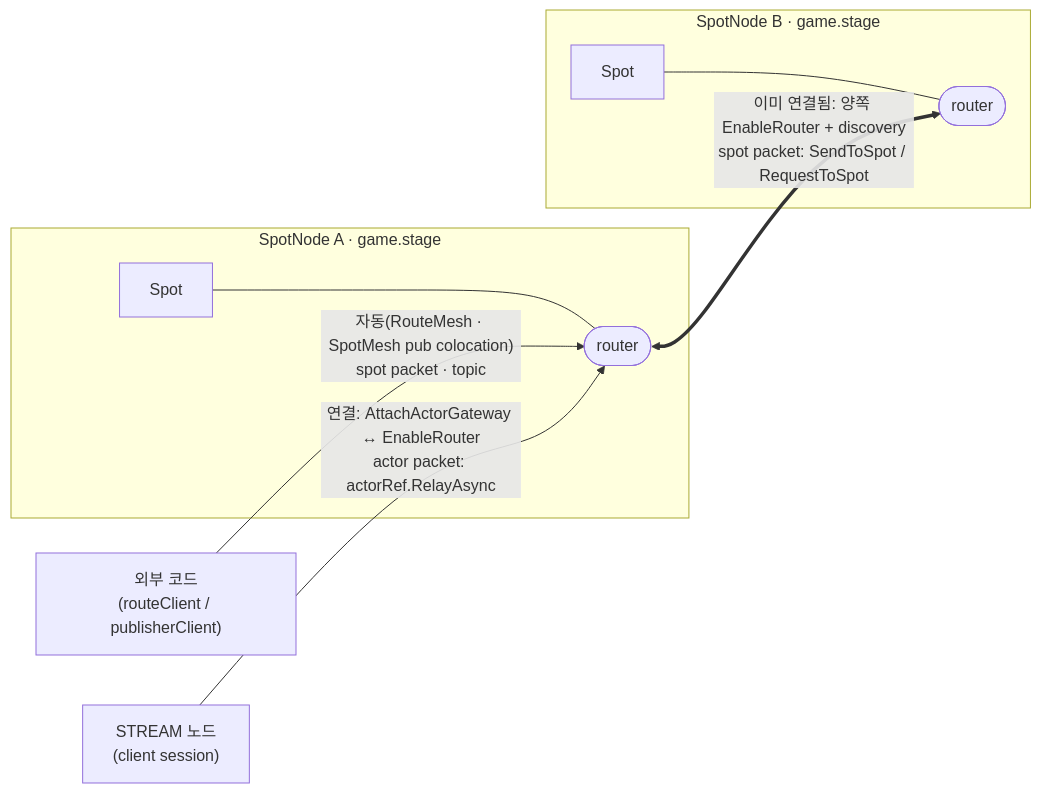
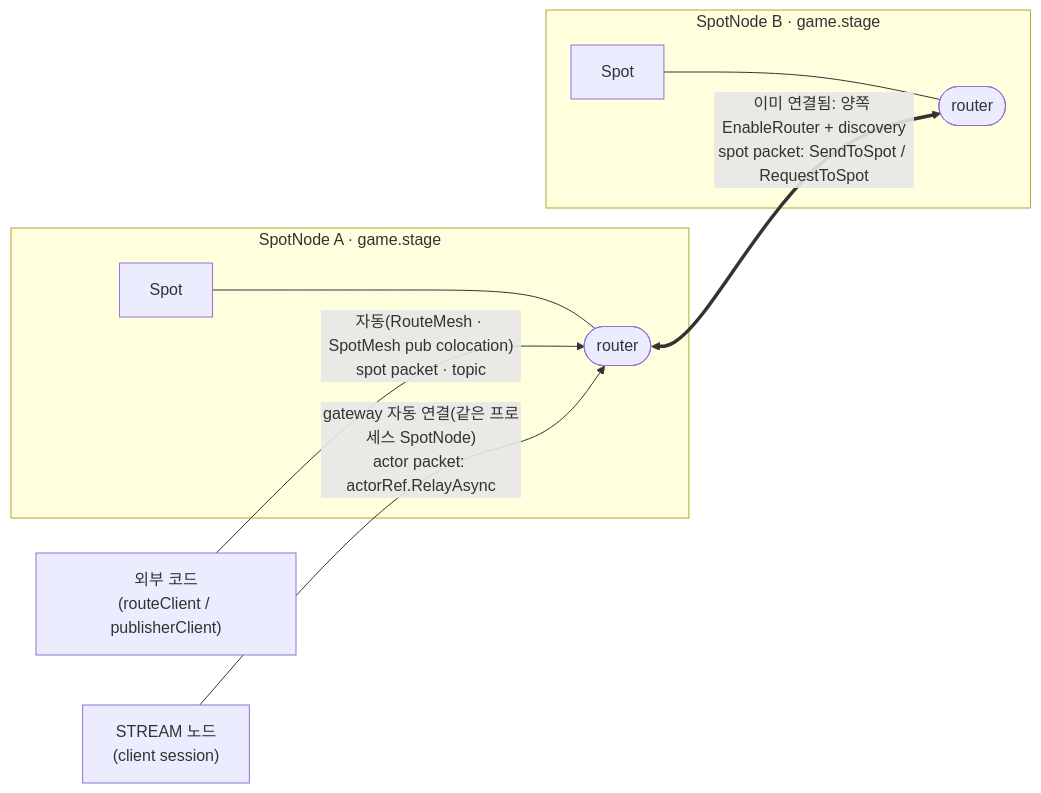
One commit to kairos-code-dev/zlink changed the seventh of 8 diagrams in framework/doc/framework/dotnet/guide/05-spot.ko.md. Above: the diagram before and after it, drawn with Mermaid. The commit also changed other lines of this file and 212 other files, not shown here.

Commit message:
Remove framework session relay attach surface

````diff
--- a/framework/doc/framework/dotnet/guide/05-spot.ko.md
+++ b/framework/doc/framework/dotnet/guide/05-spot.ko.md
@@ -609,12 +609,12 @@
 ```mermaid
 flowchart LR
   subgraph nodeA["SpotNode A · game.stage"]
     spotA["Spot"] --- rA(["router"])
   end
   subgraph nodeB["SpotNode B · game.stage"]
     spotB["Spot"] --- rB(["router"])
   end
   rA <==>|"이미 연결됨: 양쪽 EnableRouter + discovery<br/>spot packet: SendToSpot / RequestToSpot"| rB
   api["외부 코드<br/>(routeClient / publisherClient)"] -->|"자동(RouteMesh · SpotMesh pub colocation)<br/>spot packet · topic"| rA
-  strm["STREAM 노드<br/>(client session)"] -->|"연결: AttachActorGateway ↔ EnableRouter<br/>actor packet: actorRef.RelayAsync"| rA
+  strm["STREAM 노드<br/>(client session)"] -->|"gateway 자동 연결(같은 프로세스 SpotNode)<br/>actor packet: actorRef.RelayAsync"| rA
 ```
````
